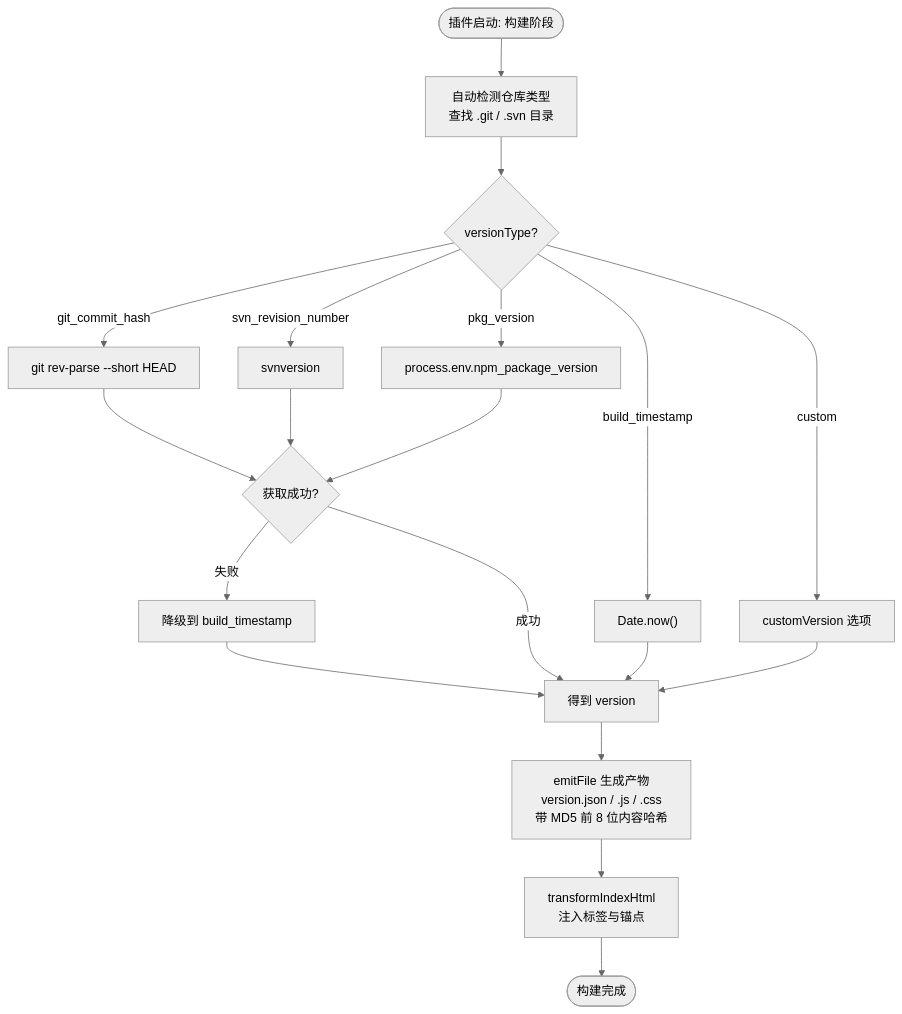
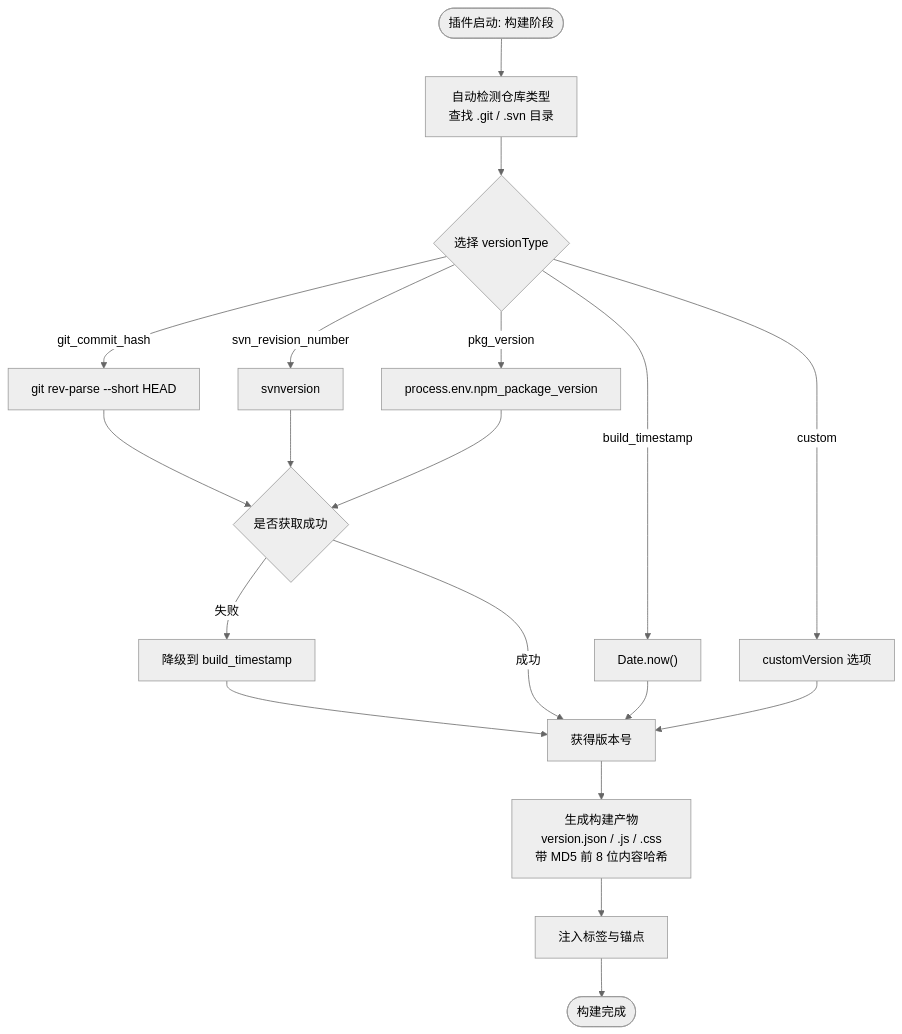
One commit to GreatAuk/plugin-web-update-notification changed the first of 2 diagrams in README.zh-CN.md. Above: the diagram before and after it, drawn with Mermaid (neutral theme). The commit also changed other lines of this file and 8 other files, not shown here.

````diff
--- a/README.zh-CN.md
+++ b/README.zh-CN.md
@@ -54,24 +57,24 @@
 ```mermaid
 flowchart TD
     Start([插件启动: 构建阶段]) --> Detect[自动检测仓库类型<br/>查找 .git / .svn 目录]
-    Detect --> Type{versionType?}
+    Detect --> Type{选择 versionType}
 
     Type -->|git_commit_hash| Git["git rev-parse --short HEAD"]
     Type -->|svn_revision_number| Svn["svnversion"]
     Type -->|pkg_version| Pkg["process.env.npm_package_version"]
     Type -->|build_timestamp| Ts["Date.now()"]
     Type -->|custom| Custom["customVersion 选项"]
 
-    Git --> Check{获取成功?}
+    Git --> Check{是否获取成功}
     Svn --> Check
     Pkg --> Check
     Check -->|失败| Fallback[降级到 build_timestamp]
-    Check -->|成功| Version[得到 version]
+    Check -->|成功| Version[获得版本号]
     Ts --> Version
     Custom --> Version
     Fallback --> Version
 
-    Version --> Emit[emitFile 生成产物<br/>version.json / .js / .css<br/>带 MD5 前 8 位内容哈希]
-    Emit --> Inject[transformIndexHtml<br/>注入标签与锚点]
+    Version --> Emit[生成构建产物<br/>version.json / .js / .css<br/>带 MD5 前 8 位内容哈希]
+    Emit --> Inject[注入标签与锚点]
     Inject --> End([构建完成])
 ```
````
